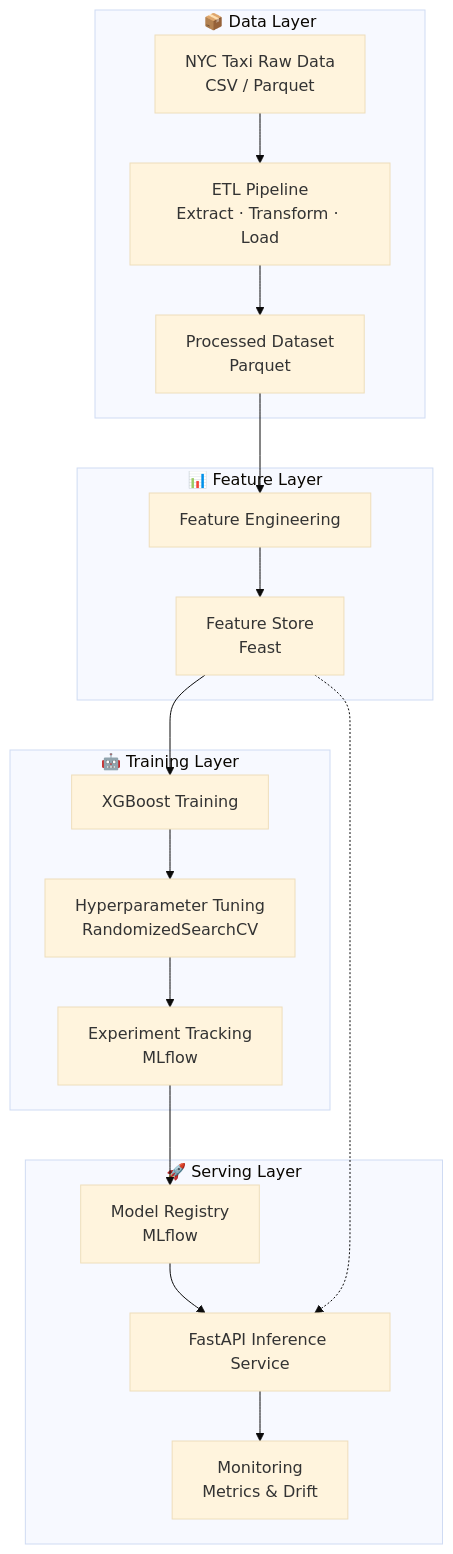
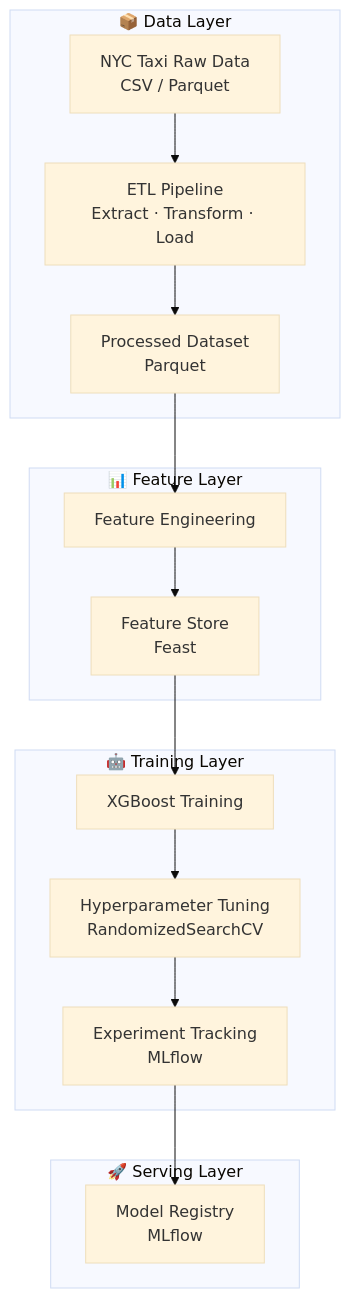
One commit to Facco000/mlops-end-to-end-nyc-taxi changed the diagram in README.md. Above: the diagram before and after it, drawn with Mermaid (base theme). The commit also changed other lines of this file, not shown here.

````diff
--- a/README.md
+++ b/README.md
@@ -134,34 +134,30 @@
 ```mermaid
 flowchart TB
     subgraph Data["📦 Data Layer"]
         A[NYC Taxi Raw Data<br/>CSV / Parquet]
         B[ETL Pipeline<br/>Extract · Transform · Load]
         C[Processed Dataset<br/>Parquet]
         A --> B --> C
     end
 
     subgraph Features["📊 Feature Layer"]
         D[Feature Engineering]
         E[Feature Store<br/>Feast]
         C --> D --> E
     end
 
     subgraph Training["🤖 Training Layer"]
         F[XGBoost Training]
         G[Hyperparameter Tuning<br/>RandomizedSearchCV]
         H[Experiment Tracking<br/>MLflow]
         E --> F
         F --> G
         G --> H
     end
 
     subgraph Serving["🚀 Serving Layer"]
-        I[FastAPI Inference Service]
-        J[Model Registry<br/>MLflow]
-        K[Monitoring<br/>Metrics & Drift]
-        H --> J --> I --> K
+        I[Model Registry<br/>MLflow]
+        H --> I
     end
-
-    %% Shared features between training and serving
-    E -.-> I
+    
 ```
````
